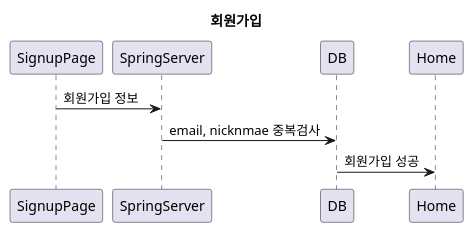
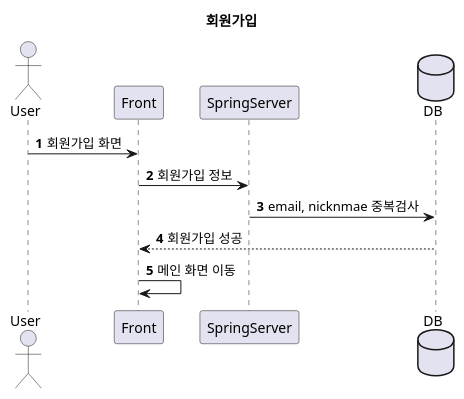
One commit to worldforest/MIT-myitteam changed the second of 9 diagrams in frontend/src/views/MIT(SSD).wsd. Above: the diagram before and after it, drawn with PlantUML. The commit also changed other lines of this file, not shown here.

```diff
--- a/frontend/src/views/MIT(SSD).wsd
+++ b/frontend/src/views/MIT(SSD).wsd
@@ -8,6 +13,11 @@
 @startuml
 title 회원가입
-SignupPage->SpringServer:회원가입 정보
+autonumber
+actor User
+User->Front:회원가입 화면
+Front->SpringServer:회원가입 정보
+database DB
 SpringServer->DB:email, nicknmae 중복검사
-DB->Home:회원가입 성공
+DB-->Front:회원가입 성공
+Front->Front:메인 화면 이동
 @enduml
```
